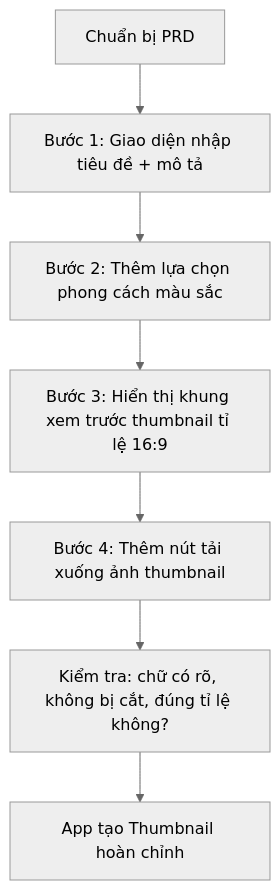
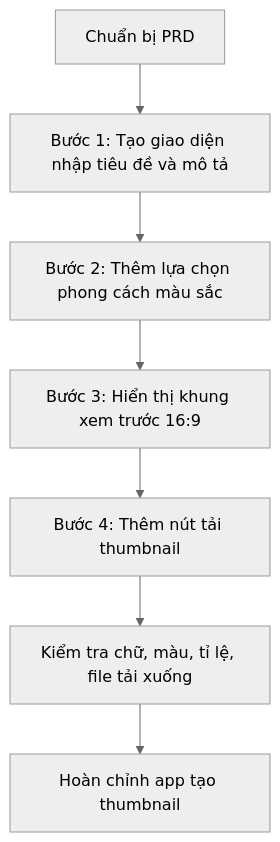
Before and after one commit to AlanKhan145/course-knowledge-base: the second of 2 diagrams in khoa-hoc-vibe-coding-co-ban/Module 04 - Ky Nang Prompting Vibe Code/13-xay-dung-app-ai-tao-thumbnail-youtube.md, drawn with Mermaid (neutral theme). The commit also changed other lines of this file and 19 other files, not shown here.

````diff
--- a/khoa-hoc-vibe-coding-co-ban/Module 04 - Ky Nang Prompting Vibe Code/13-xay-dung-app-ai-tao-thumbnail-youtube.md
+++ b/khoa-hoc-vibe-coding-co-ban/Module 04 - Ky Nang Prompting Vibe Code/13-xay-dung-app-ai-tao-thumbnail-youtube.md
@@ -61,9 +116,9 @@
 ```mermaid
 flowchart TD
-    A["Chuẩn bị PRD"] --> B["Bước 1: Giao diện nhập tiêu đề + mô tả"]
+    A["Chuẩn bị PRD"] --> B["Bước 1: Tạo giao diện nhập tiêu đề và mô tả"]
     B --> C["Bước 2: Thêm lựa chọn phong cách màu sắc"]
-    C --> D["Bước 3: Hiển thị khung xem trước thumbnail tỉ lệ 16:9"]
-    D --> E["Bước 4: Thêm nút tải xuống ảnh thumbnail"]
-    E --> F["Kiểm tra: chữ có rõ, không bị cắt, đúng tỉ lệ không?"]
-    F --> G["App tạo Thumbnail hoàn chỉnh"]
+    C --> D["Bước 3: Hiển thị khung xem trước 16:9"]
+    D --> E["Bước 4: Thêm nút tải thumbnail"]
+    E --> F["Kiểm tra chữ, màu, tỉ lệ, file tải xuống"]
+    F --> G["Hoàn chỉnh app tạo thumbnail"]
 ```
````
